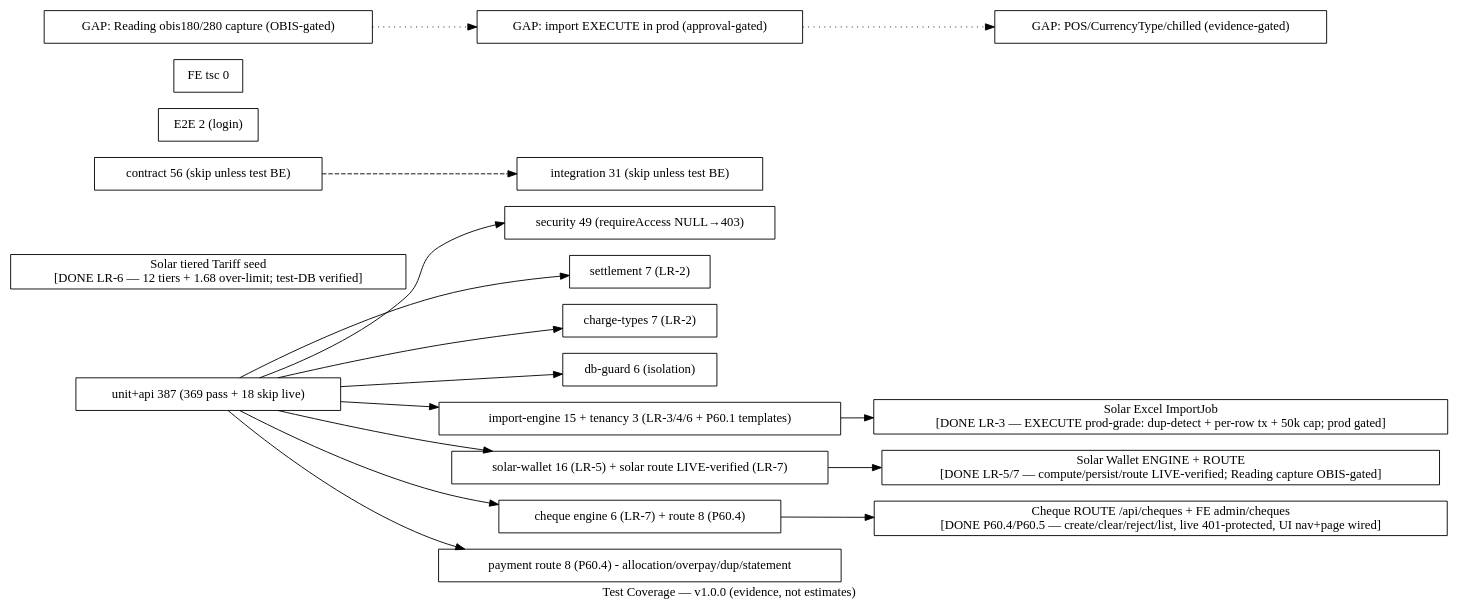
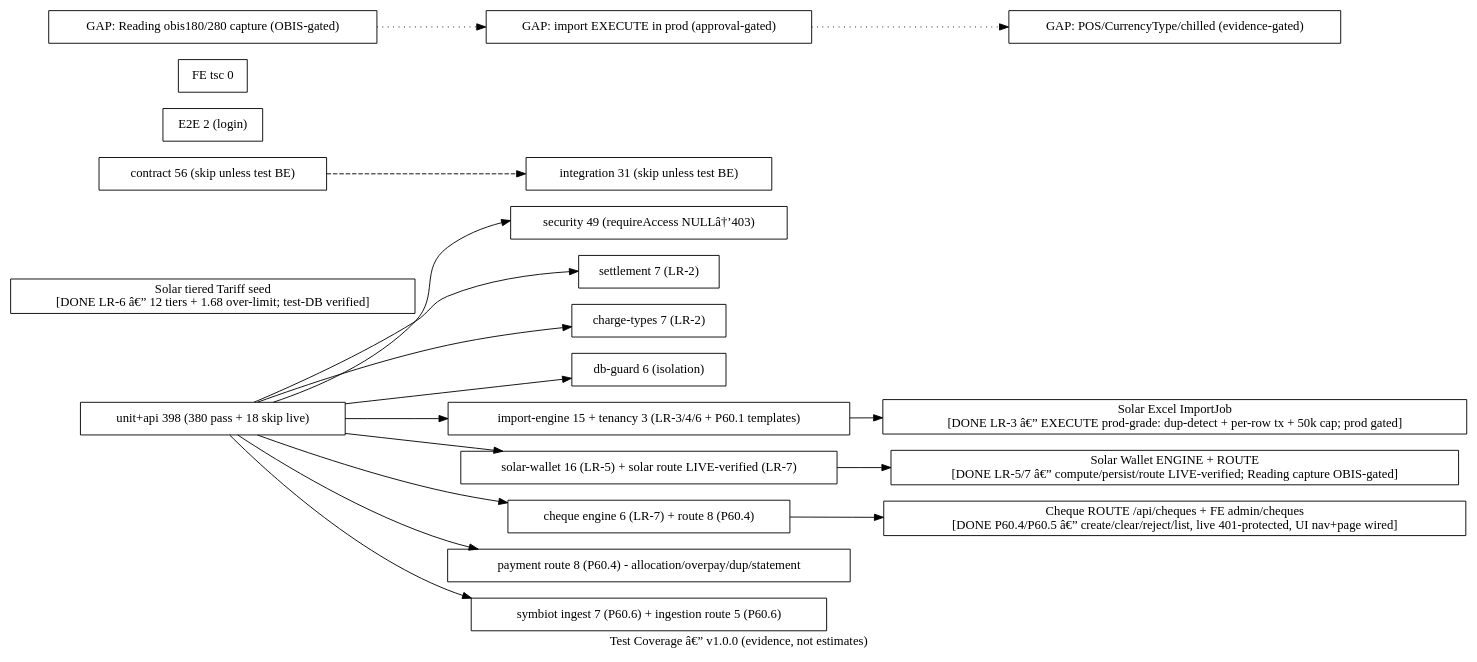
One commit to Kirllos360/MeterVerse changed the diagram in docs/architecture/graph/TEST-COVERAGE.dot. Above: the diagram before and after it, drawn with Graphviz. The commit also changed other lines of this file and 10 other files, not shown here.

First line of the commit message:
docs(p60.6): SEP/Symbiot certification + graph/speckit + governance + financial live-cert checklist

```diff
--- a/docs/architecture/graph/TEST-COVERAGE.dot
+++ b/docs/architecture/graph/TEST-COVERAGE.dot
@@ -1,47 +1,49 @@
-// TEST-COVERAGE graph — P59-C/LR-2A v1.0.0
+// TEST-COVERAGE graph â€” P59-C/LR-2A v1.0.0
 // Evidence-based: unit+api 325 total (307 pass + 18 skip), contract 56 skip,
 // integration 31 skip, FE tsc 0. Tenancy + security live-proven.
 digraph TestCov {
   rankdir=LR;
-  label="Test Coverage — v1.0.0 (evidence, not estimates)";
+  label="Test Coverage â€” v1.0.0 (evidence, not estimates)";
 
   node [shape=box fillcolor="#d1f5d3"];
-  UNIT [label="unit+api 387 (369 pass + 18 skip live)"];
-  T_SEC [label="security 49 (requireAccess NULL→403)"];
+  UNIT [label="unit+api 398 (380 pass + 18 skip live)"];
+  T_SEC [label="security 49 (requireAccess NULLâ†’403)"];
   T_SETTLE [label="settlement 7 (LR-2)"];
   T_CHARGE [label="charge-types 7 (LR-2)"];
   T_DBGUARD [label="db-guard 6 (isolation)"];
   T_IMPORT [label="import-engine 15 + tenancy 3 (LR-3/4/6 + P60.1 templates)"];
   T_SOLAR [label="solar-wallet 16 (LR-5) + solar route LIVE-verified (LR-7)"];
   T_CHEQUE [label="cheque engine 6 (LR-7) + route 8 (P60.4)"];
   T_PAY [label="payment route 8 (P60.4) - allocation/overpay/dup/statement"];
-  IMPORT_DONE [label="Solar Excel ImportJob\n[DONE LR-3 — EXECUTE prod-grade: dup-detect + per-row tx + 50k cap; prod gated]" fillcolor="#fef7e0"];
-  SOLAR_DONE [label="Solar Wallet ENGINE + ROUTE\n[DONE LR-5/7 — compute/persist/route LIVE-verified; Reading capture OBIS-gated]" fillcolor="#fef7e0"];
-  TARIFF_SEED [label="Solar tiered Tariff seed\n[DONE LR-6 — 12 tiers + 1.68 over-limit; test-DB verified]" fillcolor="#fef7e0"];
-  CHEQUE_DONE [label="Cheque ROUTE /api/cheques + FE admin/cheques\n[DONE P60.4/P60.5 — create/clear/reject/list, live 401-protected, UI nav+page wired]" fillcolor="#fef7e0"];
+  T_SYMB [label="symbiot ingest 7 (P60.6) + ingestion route 5 (P60.6)"];
+  IMPORT_DONE [label="Solar Excel ImportJob\n[DONE LR-3 â€” EXECUTE prod-grade: dup-detect + per-row tx + 50k cap; prod gated]" fillcolor="#fef7e0"];
+  SOLAR_DONE [label="Solar Wallet ENGINE + ROUTE\n[DONE LR-5/7 â€” compute/persist/route LIVE-verified; Reading capture OBIS-gated]" fillcolor="#fef7e0"];
+  TARIFF_SEED [label="Solar tiered Tariff seed\n[DONE LR-6 â€” 12 tiers + 1.68 over-limit; test-DB verified]" fillcolor="#fef7e0"];
+  CHEQUE_DONE [label="Cheque ROUTE /api/cheques + FE admin/cheques\n[DONE P60.4/P60.5 â€” create/clear/reject/list, live 401-protected, UI nav+page wired]" fillcolor="#fef7e0"];
 
   node [shape=box fillcolor="#fef7e0"];
   CONTRACT [label="contract 56 (skip unless test BE)"];
   INTEG [label="integration 31 (skip unless test BE)"];
   E2E [label="E2E 2 (login)"];
   TSC [label="FE tsc 0"];
 
   node [shape=box fillcolor="#fff1f0"];
   GAP1 [label="GAP: Reading obis180/280 capture (OBIS-gated)"];
   GAP2 [label="GAP: import EXECUTE in prod (approval-gated)"];
   GAP3 [label="GAP: POS/CurrencyType/chilled (evidence-gated)"];
 
   UNIT -> T_SEC;
   UNIT -> T_SETTLE;
   UNIT -> T_CHARGE;
   UNIT -> T_DBGUARD;
   UNIT -> T_IMPORT;
   UNIT -> T_SOLAR;
   UNIT -> T_CHEQUE;
   UNIT -> T_PAY;
+  UNIT -> T_SYMB;
   T_IMPORT -> IMPORT_DONE;
   T_SOLAR -> SOLAR_DONE;
   T_CHEQUE -> CHEQUE_DONE;
   CONTRACT -> INTEG [style=dashed];
   GAP1 -> GAP2 -> GAP3 [style=dotted];
 }
```
